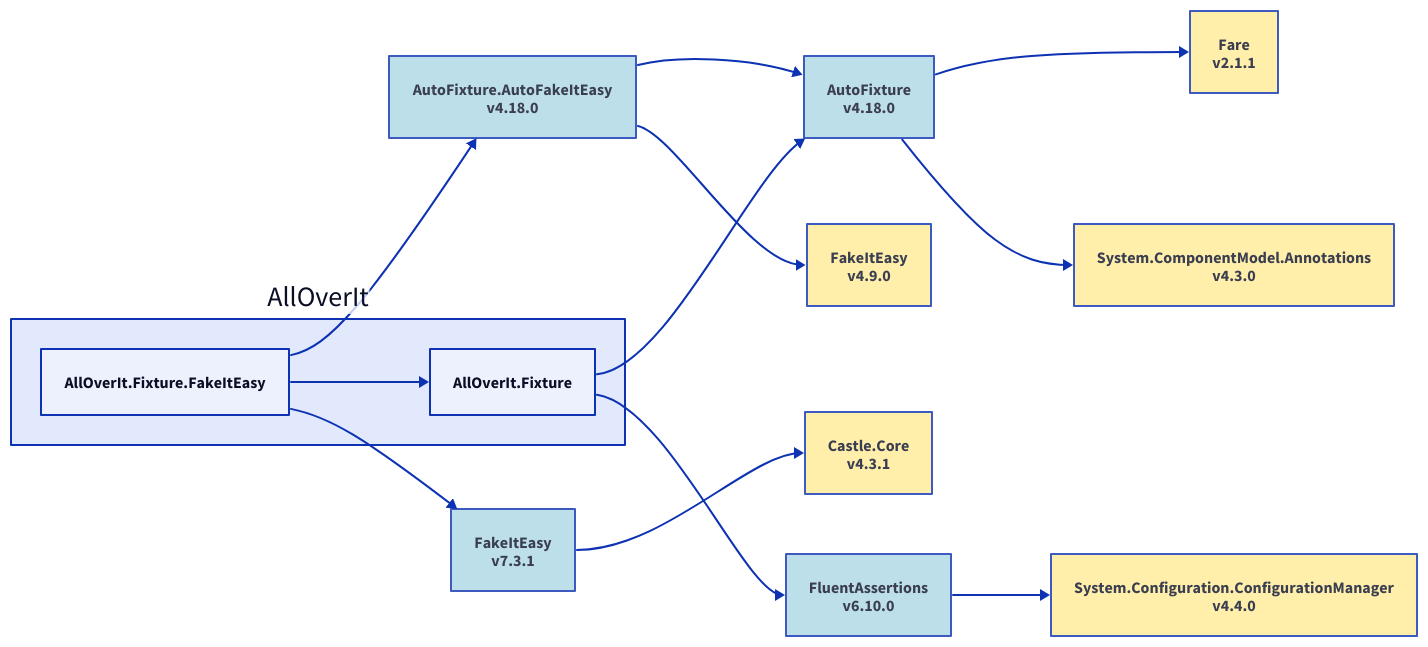
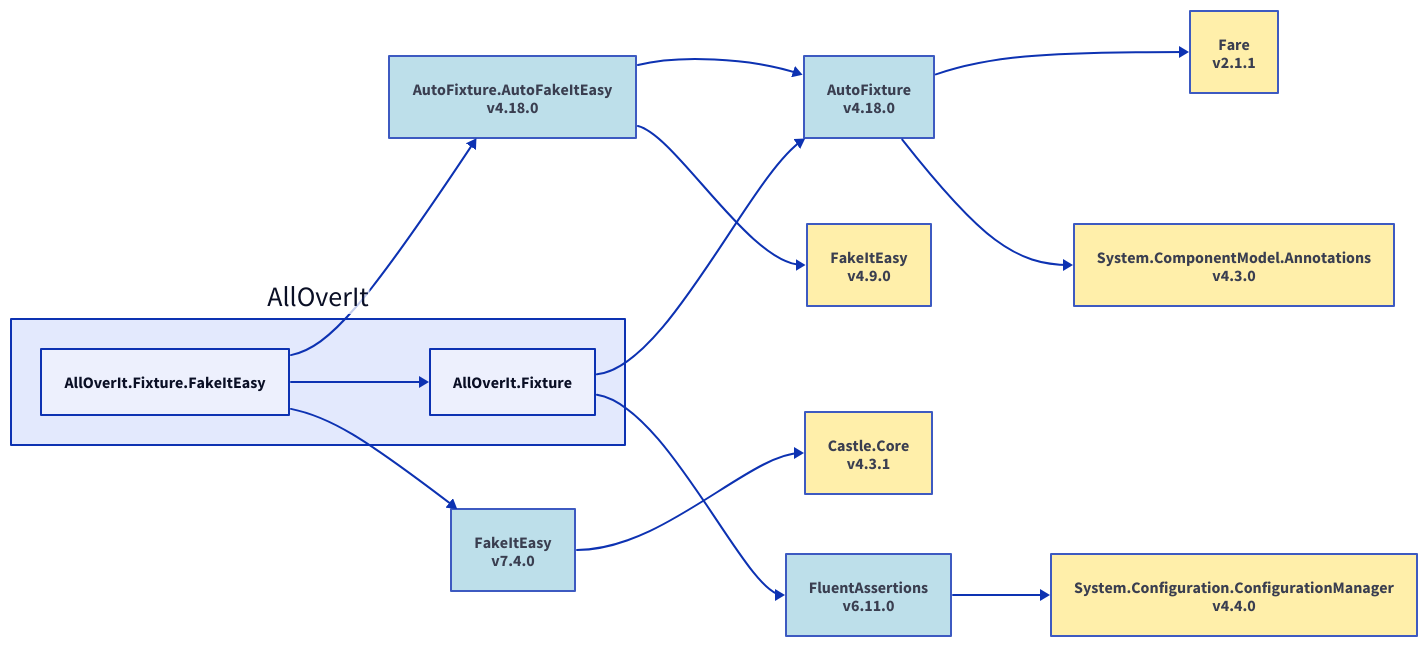
One commit to nickathone/AllOverIt changed the diagram in Docs/Dependencies/alloverit-fixture-fakeiteasy.d2. Above: the diagram before and after it, drawn with D2. The commit also changed 9 other files, not shown here.

Commit message:
Diagram updates

```diff
--- a/Docs/Dependencies/alloverit-fixture-fakeiteasy.d2
+++ b/Docs/Dependencies/alloverit-fixture-fakeiteasy.d2
@@ -1,43 +1,43 @@
 direction: right
 
 aoi: AllOverIt
 aoi.alloverit-fixture-fakeiteasy: AllOverIt.Fixture.FakeItEasy
 autofixture-autofakeiteasy_4-18-0: AutoFixture.AutoFakeItEasy\nv4.18.0
 autofixture-autofakeiteasy_4-18-0.style.fill: "#ADD8E6"
 autofixture-autofakeiteasy_4-18-0.style.opacity: 0.8
 autofixture_4-18-0: AutoFixture\nv4.18.0
 autofixture_4-18-0.style.fill: "#ADD8E6"
 autofixture_4-18-0.style.opacity: 0.8
 autofixture_4-18-0 <- autofixture-autofakeiteasy_4-18-0
 fakeiteasy_4-9-0: FakeItEasy\nv4.9.0
 fakeiteasy_4-9-0.style.fill: "#FFEC96"
 fakeiteasy_4-9-0.style.opacity: 0.8
 fakeiteasy_4-9-0 <- autofixture-autofakeiteasy_4-18-0
 autofixture-autofakeiteasy_4-18-0 <- aoi.alloverit-fixture-fakeiteasy
-fakeiteasy_7-3-1: FakeItEasy\nv7.3.1
-fakeiteasy_7-3-1.style.fill: "#ADD8E6"
-fakeiteasy_7-3-1.style.opacity: 0.8
+fakeiteasy_7-4-0: FakeItEasy\nv7.4.0
+fakeiteasy_7-4-0.style.fill: "#ADD8E6"
+fakeiteasy_7-4-0.style.opacity: 0.8
 castle-core_4-3-1: Castle.Core\nv4.3.1
 castle-core_4-3-1.style.fill: "#FFEC96"
 castle-core_4-3-1.style.opacity: 0.8
-castle-core_4-3-1 <- fakeiteasy_7-3-1
-fakeiteasy_7-3-1 <- aoi.alloverit-fixture-fakeiteasy
+castle-core_4-3-1 <- fakeiteasy_7-4-0
+fakeiteasy_7-4-0 <- aoi.alloverit-fixture-fakeiteasy
 aoi.alloverit-fixture: AllOverIt.Fixture
 fare_2-1-1: Fare\nv2.1.1
 fare_2-1-1.style.fill: "#FFEC96"
 fare_2-1-1.style.opacity: 0.8
 fare_2-1-1 <- autofixture_4-18-0
 system-componentmodel-annotations_4-3-0: System.ComponentModel.Annotations\nv4.3.0
 system-componentmodel-annotations_4-3-0.style.fill: "#FFEC96"
 system-componentmodel-annotations_4-3-0.style.opacity: 0.8
 system-componentmodel-annotations_4-3-0 <- autofixture_4-18-0
 autofixture_4-18-0 <- aoi.alloverit-fixture
-fluentassertions_6-10-0: FluentAssertions\nv6.10.0
-fluentassertions_6-10-0.style.fill: "#ADD8E6"
-fluentassertions_6-10-0.style.opacity: 0.8
+fluentassertions_6-11-0: FluentAssertions\nv6.11.0
+fluentassertions_6-11-0.style.fill: "#ADD8E6"
+fluentassertions_6-11-0.style.opacity: 0.8
 system-configuration-configurationmanager_4-4-0: System.Configuration.ConfigurationManager\nv4.4.0
 system-configuration-configurationmanager_4-4-0.style.fill: "#FFEC96"
 system-configuration-configurationmanager_4-4-0.style.opacity: 0.8
-system-configuration-configurationmanager_4-4-0 <- fluentassertions_6-10-0
-fluentassertions_6-10-0 <- aoi.alloverit-fixture
+system-configuration-configurationmanager_4-4-0 <- fluentassertions_6-11-0
+fluentassertions_6-11-0 <- aoi.alloverit-fixture
 aoi.alloverit-fixture <- aoi.alloverit-fixture-fakeiteasy
```
